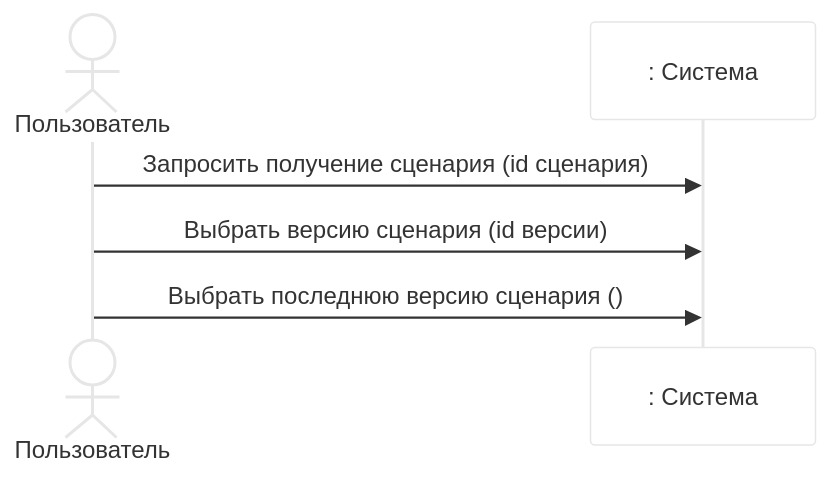
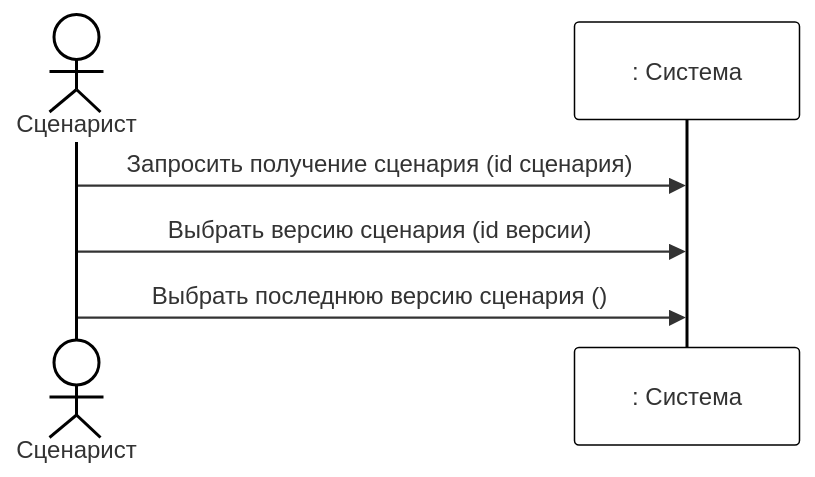
The third of 4 diagrams in Диаграмма последовательностей системы.md (CHSU-scenarAIst/diagrammy), drawn with Mermaid before and after one commit. The commit also changed other lines of this file and 30 other files, not shown here.

Commit message:
рефактор диаграмм

````diff
--- a/Диаграмма последовательностей системы.md
+++ b/Диаграмма последовательностей системы.md
@@ -30,10 +52,21 @@
 ```mermaid
-%%{init: {'theme': 'base', 'themeVariables': { 'primaryColor': '#fff', 'edgeColor': '#000', 'lineColor': '#000'}}}%%
+%%{init: {
+  'theme': 'base',
+  'themeVariables': {
+    'primaryColor': '#fff',
+    'primaryBorderColor': '#000',
+    'lineColor': '#000',
+    'tertiaryColor': '#fff',
+    'edgeColor': '#000',
+    'fontFamily': 'arial',
+    'fontSize': '16px'
+  }
+}}%%
 sequenceDiagram
-    actor User as Пользователь
+    actor User as Сценарист
     participant System as : Система
 
     User->>System: Запросить получение сценария (id сценария)
     User->>System: Выбрать версию  сценария (id версии)
     User->>System: Выбрать последнюю версию сценария ()
 ```
````
